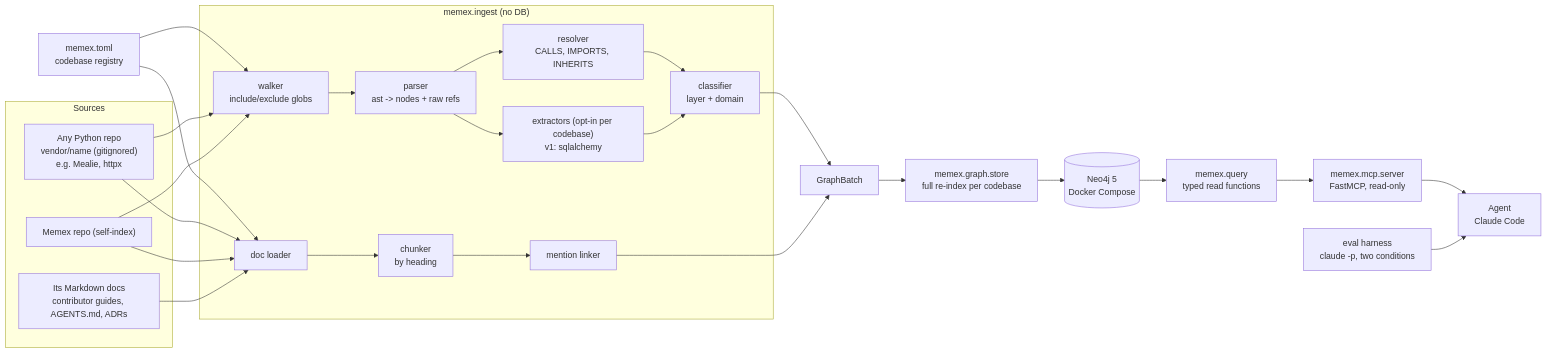
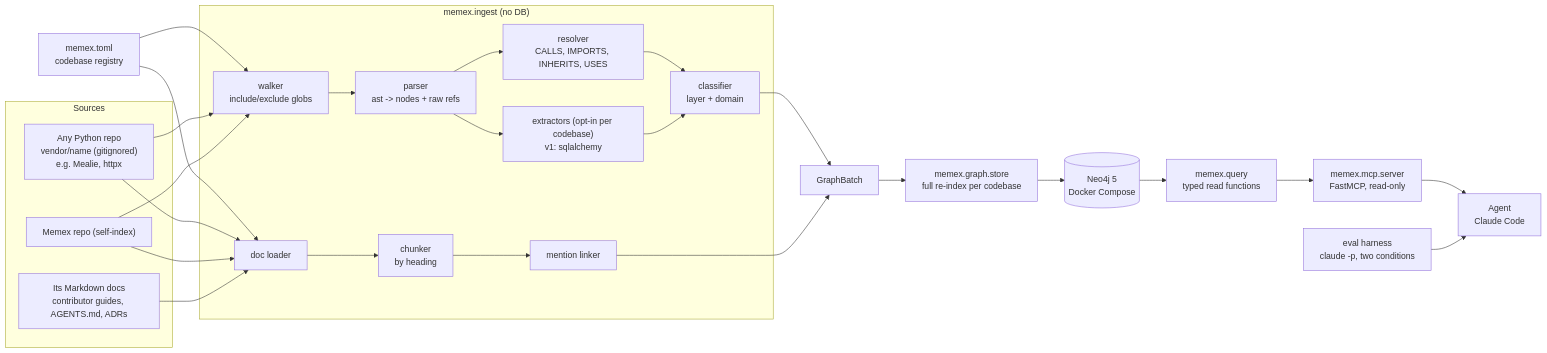
The diagram in DESIGN.md (jasThakker/memex), drawn with Mermaid before and after one commit. The commit also changed other lines of this file and 6 other files, not shown here.

````diff
--- a/DESIGN.md
+++ b/DESIGN.md
@@ -36,31 +36,31 @@
 ```mermaid
 flowchart LR
   subgraph Sources
     MS["Any Python repo<br/>vendor/name (gitignored)<br/>e.g. Mealie, httpx"]
     XS["Memex repo (self-index)"]
     DS["Its Markdown docs<br/>contributor guides, AGENTS.md, ADRs"]
   end
   subgraph Ingest["memex.ingest (no DB)"]
     W["walker<br/>include/exclude globs"] --> P["parser<br/>ast -> nodes + raw refs"]
-    P --> R["resolver<br/>CALLS, IMPORTS, INHERITS"]
+    P --> R["resolver<br/>CALLS, IMPORTS, INHERITS, USES"]
     P --> SA["extractors (opt-in per codebase)<br/>v1: sqlalchemy"]
     R --> CL["classifier<br/>layer + domain"]
     SA --> CL
     DL["doc loader"] --> CH["chunker<br/>by heading"] --> MN["mention linker"]
   end
   CFG["memex.toml<br/>codebase registry"] --> W
   CFG --> DL
   CL --> GB["GraphBatch"]
   MN --> GB
   GB --> ST["memex.graph.store<br/>full re-index per codebase"]
   ST --> NEO[("Neo4j 5<br/>Docker Compose")]
   NEO --> Q["memex.query<br/>typed read functions"]
   Q --> MCP["memex.mcp.server<br/>FastMCP, read-only"]
   MCP --> AG["Agent<br/>Claude Code"]
   EV["eval harness<br/>claude -p, two conditions"] --> AG
   MS --> W
   XS --> W
   MS --> DL
   XS --> DL
   DS --> DL
 ```
````
